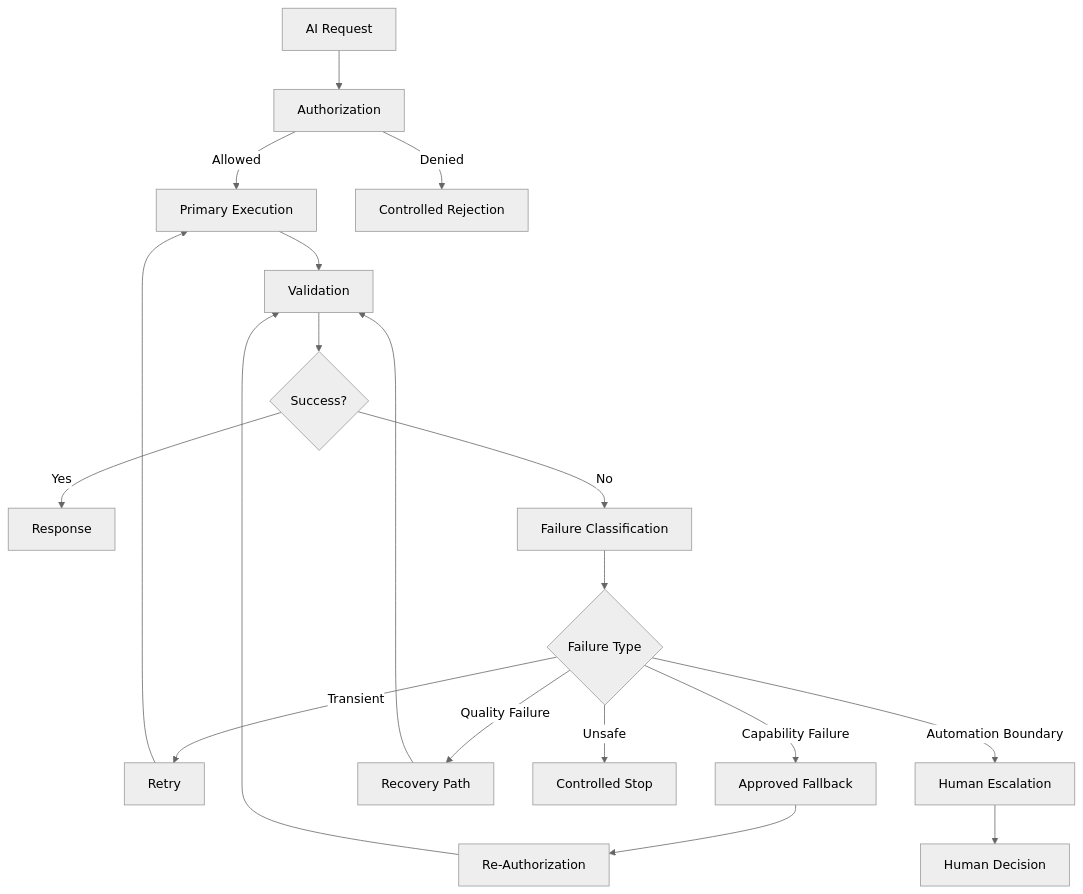
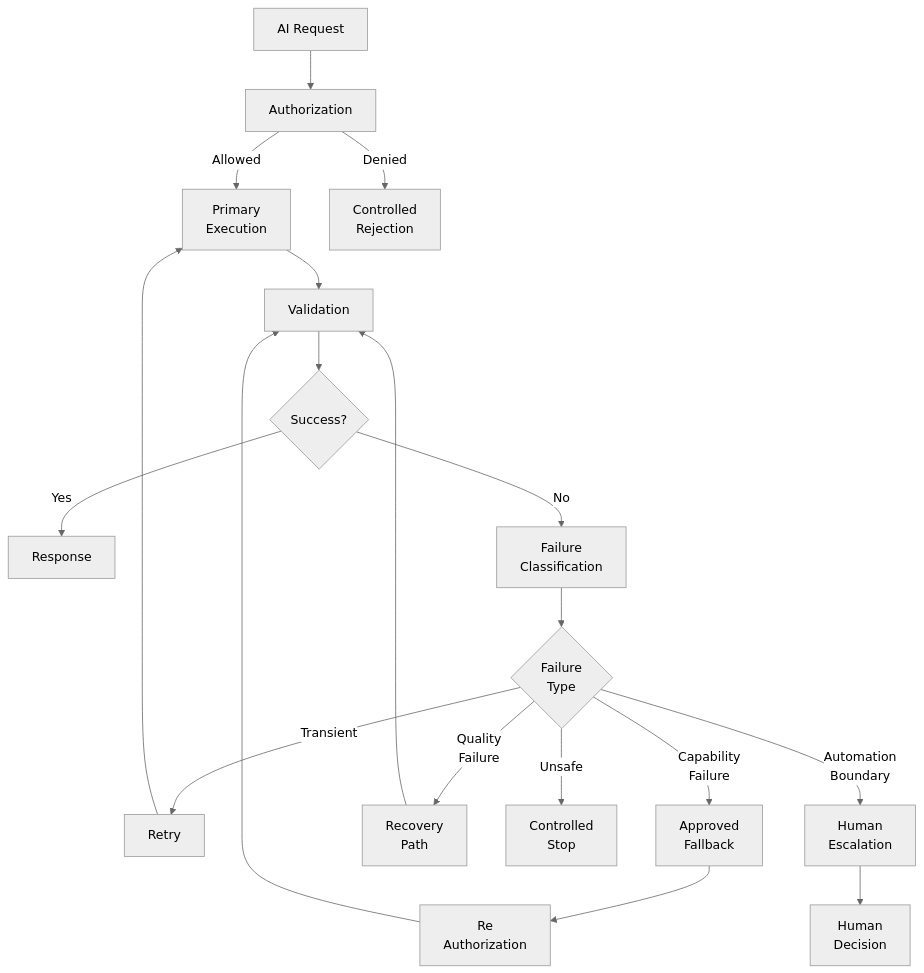
One commit to MihirKJha/enterprise-ai-blog changed the first of 4 diagrams in docs/architecture-insights/genai-and-rag/2.1-designing-reliable-enterprise-ai-failure-fallback-control.md. Above: the diagram before and after it, drawn with Mermaid (neutral theme). The commit also changed other lines of this file, not shown here.

````diff
--- a/docs/architecture-insights/genai-and-rag/2.1-designing-reliable-enterprise-ai-failure-fallback-control.md
+++ b/docs/architecture-insights/genai-and-rag/2.1-designing-reliable-enterprise-ai-failure-fallback-control.md
@@ -93,21 +93,21 @@
 ```mermaid
 graph TD
     R[AI Request] --> A[Authorization]
-    A -->|Allowed| P[Primary Execution]
-    A -->|Denied| X[Controlled Rejection]
+    A -->|Allowed| P[Primary<br/>Execution]
+    A -->|Denied| X[Controlled<br/>Rejection]
     P --> V[Validation]
     V --> S{Success?}
     S -->|Yes| RESP[Response]
-    S -->|No| F[Failure Classification]
-    F --> T{Failure Type}
+    S -->|No| F[Failure<br/>Classification]
+    F --> T{Failure<br/>Type}
     T -->|Transient| RT[Retry]
-    T -->|Capability Failure| FB[Approved Fallback]
-    T -->|Quality Failure| REC[Recovery Path]
-    T -->|Unsafe| STOP[Controlled Stop]
-    T -->|Automation Boundary| HE[Human Escalation]
+    T -->|Capability<br/>Failure| FB[Approved<br/>Fallback]
+    T -->|Quality<br/>Failure| REC[Recovery<br/>Path]
+    T -->|Unsafe| STOP[Controlled<br/>Stop]
+    T -->|Automation<br/>Boundary| HE[Human<br/>Escalation]
     RT --> P
-    FB --> A2[Re-Authorization]
+    FB --> A2[Re<br/>Authorization]
     A2 --> V
     REC --> V
-    HE --> H[Human Decision]
+    HE --> H[Human<br/>Decision]
 ```
````
